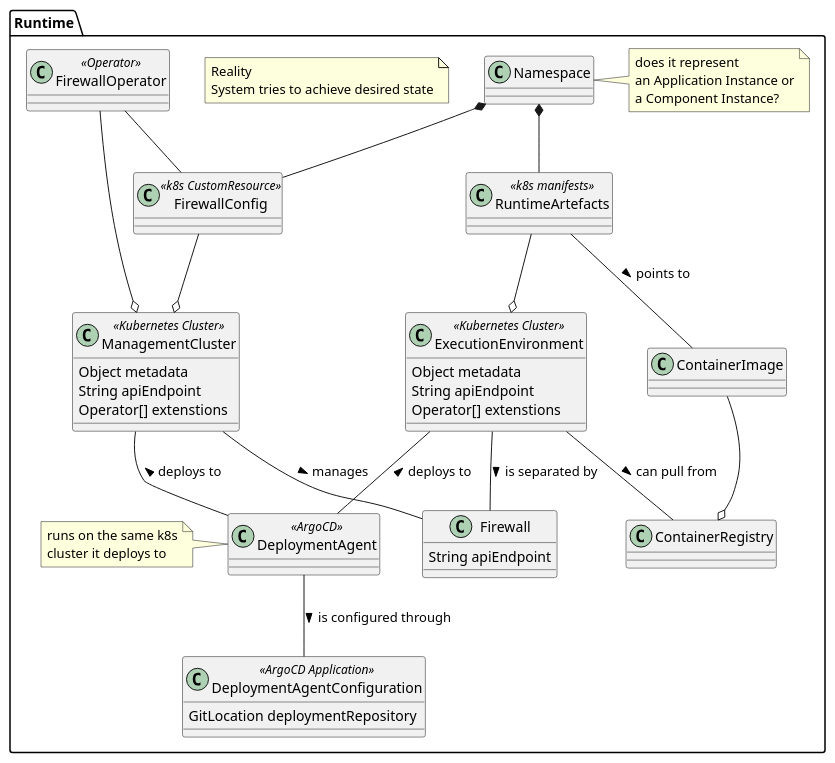
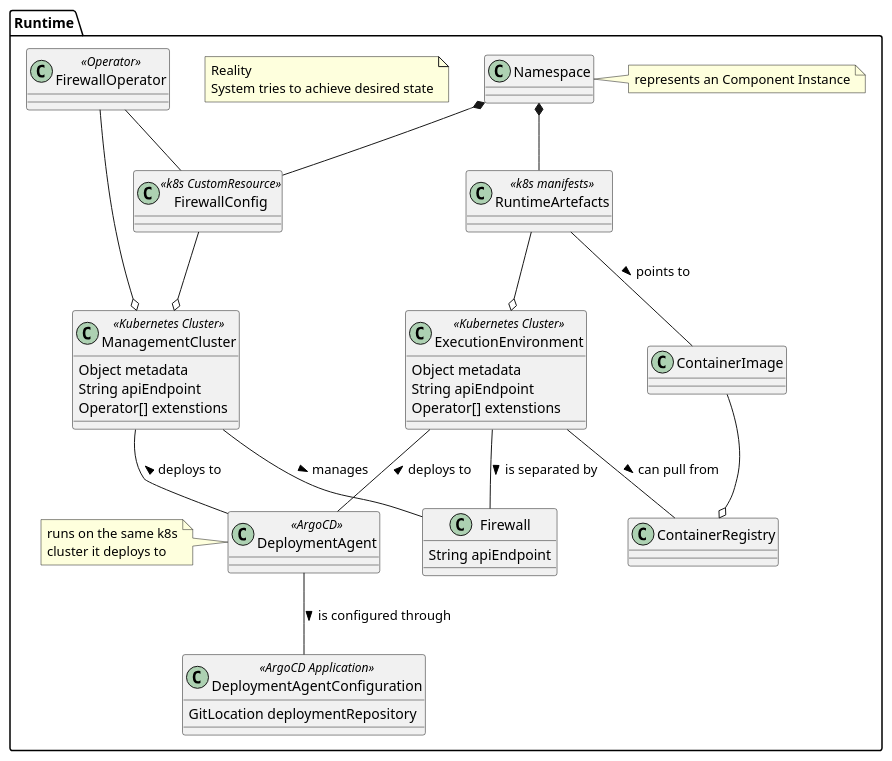
One commit to sa-mw-dach/manuela changed the diagram in docs/architecture/metamodel.runtime.plantuml. Above: the diagram before and after it, drawn with PlantUML. The commit also changed 1 other file, not shown here.

Commit message:
Add secret and moved namespace to component instance config

```diff
--- a/docs/architecture/metamodel.runtime.plantuml
+++ b/docs/architecture/metamodel.runtime.plantuml
@@ -1,63 +1,63 @@
 @startuml
 namespace Runtime {
     note "Reality\nSystem tries to achieve desired state" as notereality
 
     ' --- Container Runtime Infra
     class ContainerRegistry
 
     class ContainerImage
 
     ' --- K8s runtime
     class ExecutionEnvironment <<Kubernetes Cluster>>
     ExecutionEnvironment : Object metadata
     ExecutionEnvironment : String apiEndpoint
     ExecutionEnvironment : Operator[] extenstions
 
     class DeploymentAgent <<ArgoCD>>
     note left: runs on the same k8s\ncluster it deploys to
 
     class DeploymentAgentConfiguration <<ArgoCD Application>>
     DeploymentAgentConfiguration : GitLocation deploymentRepository
 
     class Namespace
-    note right: does it represent\nan Application Instance or\na Component Instance?
+    note right: represents an Component Instance
     
     class RuntimeArtefacts <<k8s manifests>>
 
     ' --- Infra management
     class Firewall
     Firewall : String apiEndpoint
 
     class FirewallConfig <<k8s CustomResource>>
 
     class FirewallOperator <<Operator>>
 
     class ManagementCluster <<Kubernetes Cluster>>
     ManagementCluster : Object metadata
     ManagementCluster : String apiEndpoint
     ManagementCluster : Operator[] extenstions
 
     ' --- Links
     "Namespace" *-- RuntimeArtefacts  
     "Namespace" *-- FirewallConfig  
 
     DeploymentAgent -- DeploymentAgentConfiguration : is configured through >
 
     ContainerImage --o ContainerRegistry 
 
     RuntimeArtefacts --o ExecutionEnvironment 
     RuntimeArtefacts -- ContainerImage : points to >
 
     ExecutionEnvironment -- ContainerRegistry : can pull from >
     ExecutionEnvironment -- DeploymentAgent : < deploys to
     'ExecutionEnvironment -- DeploymentAgent : < runs on 
     ExecutionEnvironment -- Firewall : is separated by >
 
     FirewallConfig --o ManagementCluster
 
     ManagementCluster -- Firewall : manages >
     ManagementCluster -- DeploymentAgent : < deploys to
     FirewallOperator --o ManagementCluster
     FirewallOperator -- FirewallConfig
 }
 @enduml
```
